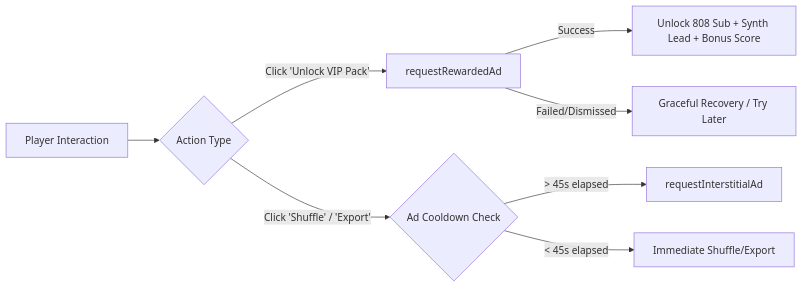
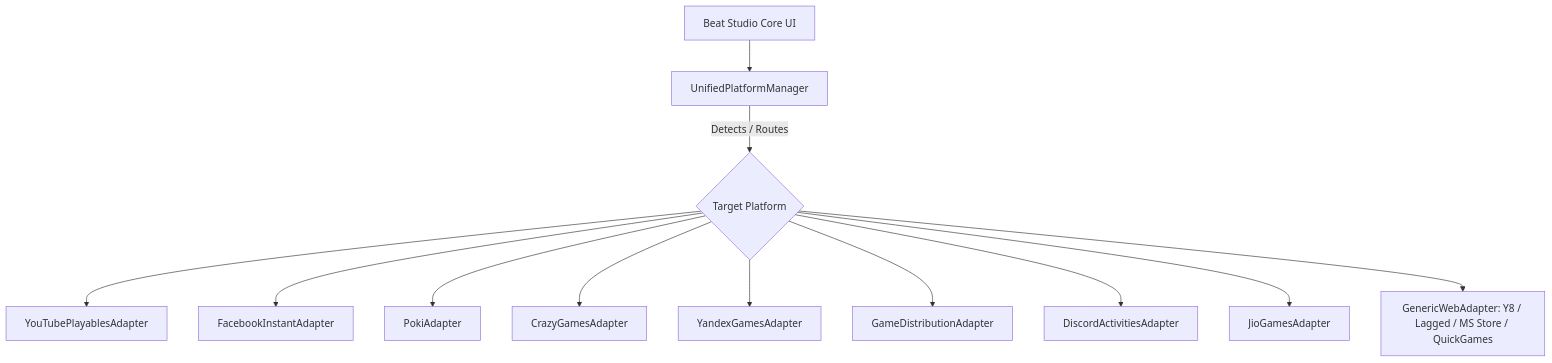
The diagram in README.md (Rahul08319/random-soundscape-maker), drawn with Mermaid before and after one commit. The commit also changed other lines of this file and 18 other files, not shown here.

````diff
--- a/README.md
+++ b/README.md
@@ -140,10 +78,14 @@
 ```mermaid
-graph LR
-    A[Player Interaction] --> B{Action Type}
-    B -->|Click 'Unlock VIP Pack'| C[requestRewardedAd]
-    C -->|Success| D[Unlock 808 Sub + Synth Lead + Bonus Score]
-    C -->|Failed/Dismissed| E[Graceful Recovery / Try Later]
-    B -->|Click 'Shuffle' / 'Export'| F{Ad Cooldown Check}
-    F -->|> 45s elapsed| G[requestInterstitialAd]
-    F -->|< 45s elapsed| H[Immediate Shuffle/Export]
+graph TD
+    A[Beat Studio Core UI] --> B[UnifiedPlatformManager]
+    B -->|Detects / Routes| C{Target Platform}
+    C --> D[YouTubePlayablesAdapter]
+    C --> E[FacebookInstantAdapter]
+    C --> F[PokiAdapter]
+    C --> G[CrazyGamesAdapter]
+    C --> H[YandexGamesAdapter]
+    C --> I[GameDistributionAdapter]
+    C --> J[DiscordActivitiesAdapter]
+    C --> K[JioGamesAdapter]
+    C --> L[GenericWebAdapter: Y8 / Lagged / MS Store / QuickGames]
 ```
````
